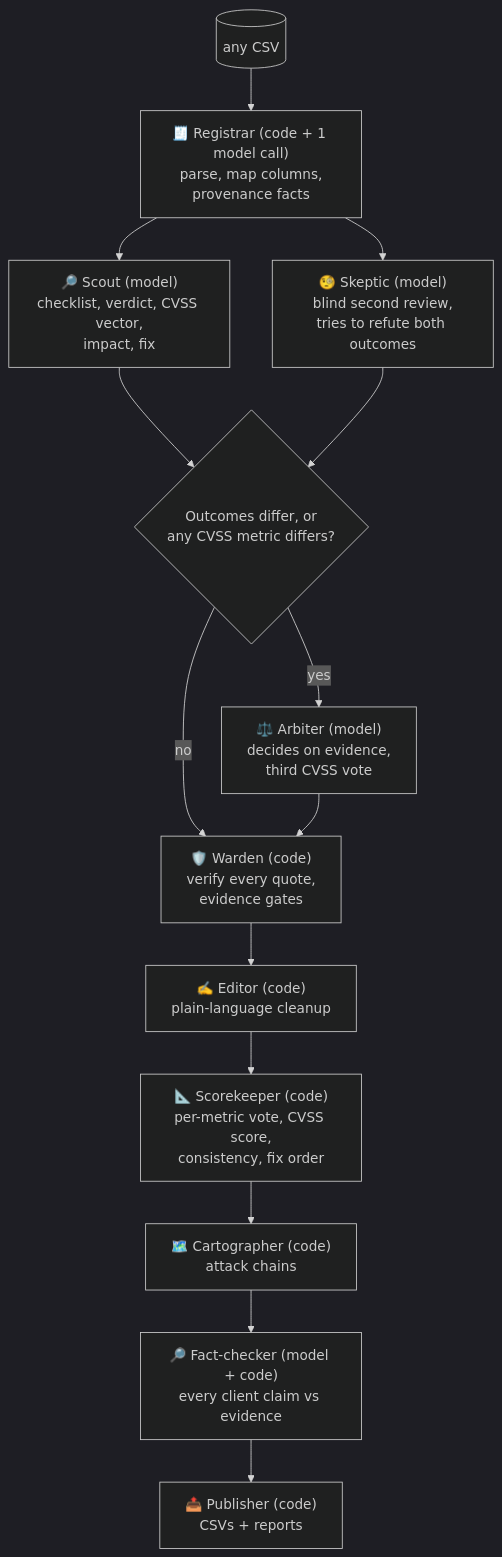
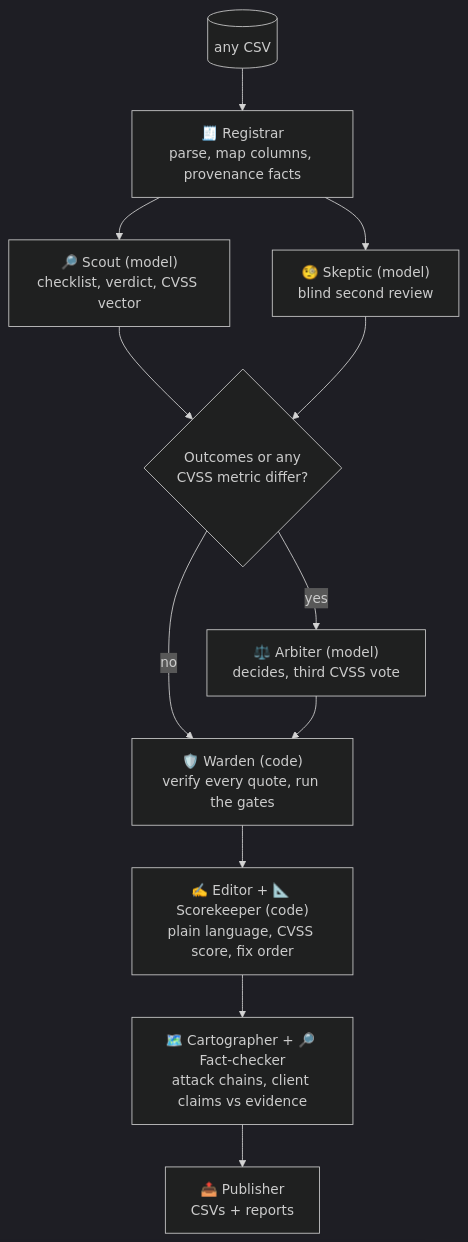
The diagram in README.md (cylockholmes/Tr-AI-ger-tool), drawn with Mermaid (dark theme) before and after one commit. The commit also changed other lines of this file and 2 other files, not shown here.

First line of the commit message:
Evaluate every gate on every finding and prove each one trips

````diff
--- a/README.md
+++ b/README.md
@@ -127,16 +64,14 @@
 ```mermaid
 flowchart TD
-    IN[("any CSV")] --> REG["🧾 Registrar (code + 1 model call)<br/>parse, map columns,<br/>provenance facts"]
-    REG --> SC["🔎 Scout (model)<br/>checklist, verdict, CVSS vector,<br/>impact, fix"]
-    REG --> SK["🧐 Skeptic (model)<br/>blind second review,<br/>tries to refute both outcomes"]
-    SC --> D{"Outcomes differ, or<br/>any CVSS metric differs?"}
+    IN[("any CSV")] --> REG["🧾 Registrar<br/>parse, map columns, provenance facts"]
+    REG --> SC["🔎 Scout (model)<br/>checklist, verdict, CVSS vector"]
+    REG --> SK["🧐 Skeptic (model)<br/>blind second review"]
+    SC --> D{"Outcomes or any<br/>CVSS metric differ?"}
     SK --> D
-    D -- yes --> AR["⚖️ Arbiter (model)<br/>decides on evidence,<br/>third CVSS vote"]
+    D -- yes --> AR["⚖️ Arbiter (model)<br/>decides, third CVSS vote"]
     D -- no --> W
-    AR --> W["🛡️ Warden (code)<br/>verify every quote,<br/>evidence gates"]
-    W --> ED["✍️ Editor (code)<br/>plain-language cleanup"]
-    ED --> SCORE["📐 Scorekeeper (code)<br/>per-metric vote, CVSS score,<br/>consistency, fix order"]
-    SCORE --> CART["🗺️ Cartographer (code)<br/>attack chains"]
-    CART --> FC["🔎 Fact-checker (model + code)<br/>every client claim vs evidence"]
-    FC --> PUB["📤 Publisher (code)<br/>CSVs + reports"]
+    AR --> W["🛡️ Warden (code)<br/>verify every quote, run the gates"]
+    W --> ED["✍️ Editor + 📐 Scorekeeper (code)<br/>plain language, CVSS score, fix order"]
+    ED --> CF["🗺️ Cartographer + 🔎 Fact-checker<br/>attack chains, client claims vs evidence"]
+    CF --> PUB["📤 Publisher<br/>CSVs + reports"]
 ```
````
